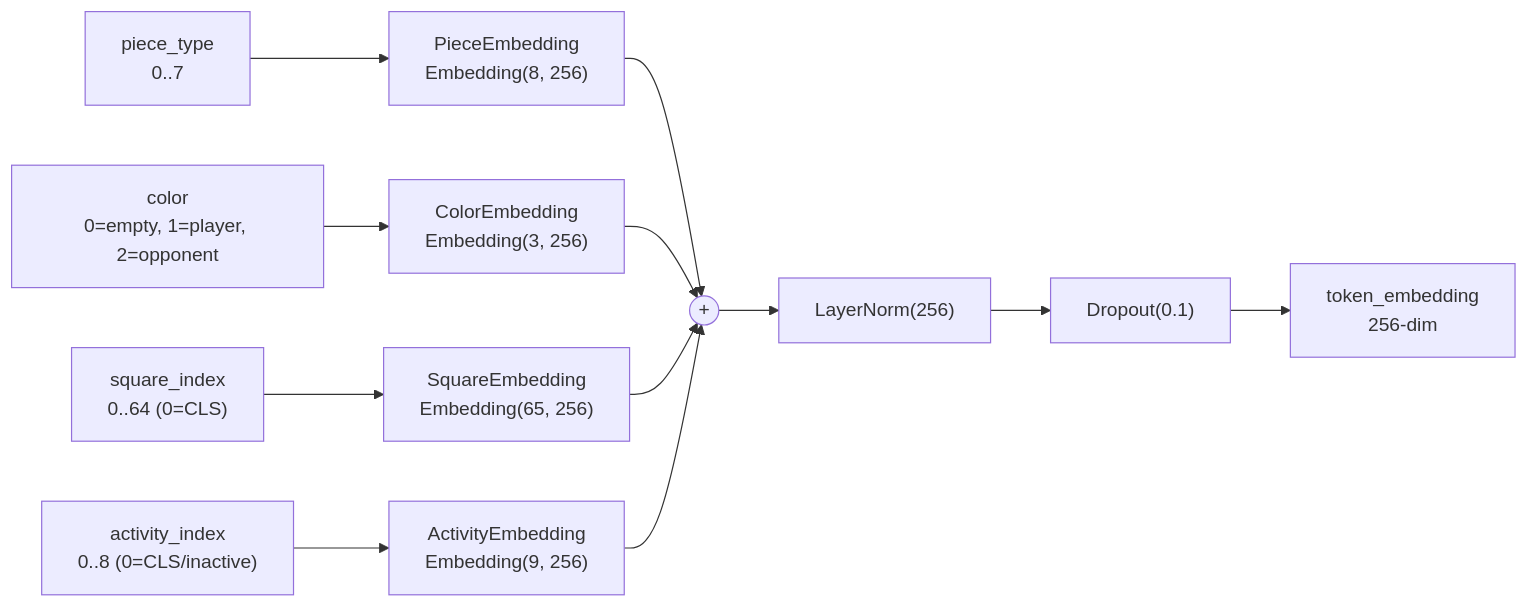
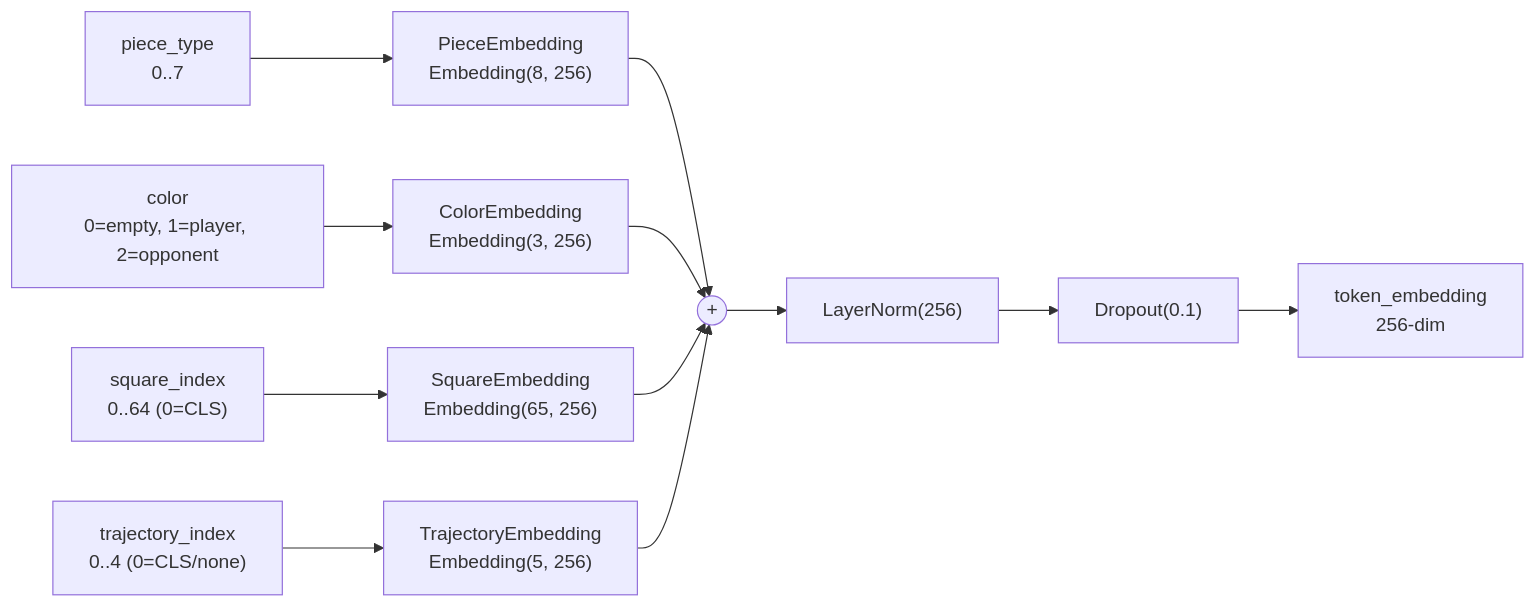
Before and after one commit to sombersomni/chess-policy-agent: the second of 6 diagrams in chess_encoder_final_design.md, drawn with Mermaid. The commit also changed other lines of this file and 4 other files, not shown here.

````diff
--- a/chess_encoder_final_design.md
+++ b/chess_encoder_final_design.md
@@ -73,15 +73,15 @@
 ```mermaid
 flowchart LR
     PT["piece_type<br/>0..7"] --> PE["PieceEmbedding<br/>Embedding(8, 256)"]
     COL["color<br/>0=empty, 1=player, 2=opponent"] --> CE["ColorEmbedding<br/>Embedding(3, 256)"]
     SQ["square_index<br/>0..64 (0=CLS)"] --> SE["SquareEmbedding<br/>Embedding(65, 256)"]
-    ACT["activity_index<br/>0..8 (0=CLS/inactive)"] --> AE["ActivityEmbedding<br/>Embedding(9, 256)"]
+    TRAJ["trajectory_index<br/>0..4 (0=CLS/none)"] --> TE["TrajectoryEmbedding<br/>Embedding(5, 256)"]
 
     PE --> ADD(("+"))
     CE --> ADD
     SE --> ADD
-    AE --> ADD
+    TE --> ADD
     ADD --> LN["LayerNorm(256)"]
     LN --> DROP["Dropout(0.1)"]
     DROP --> TOK["token_embedding<br/>256-dim"]
 ```
````
